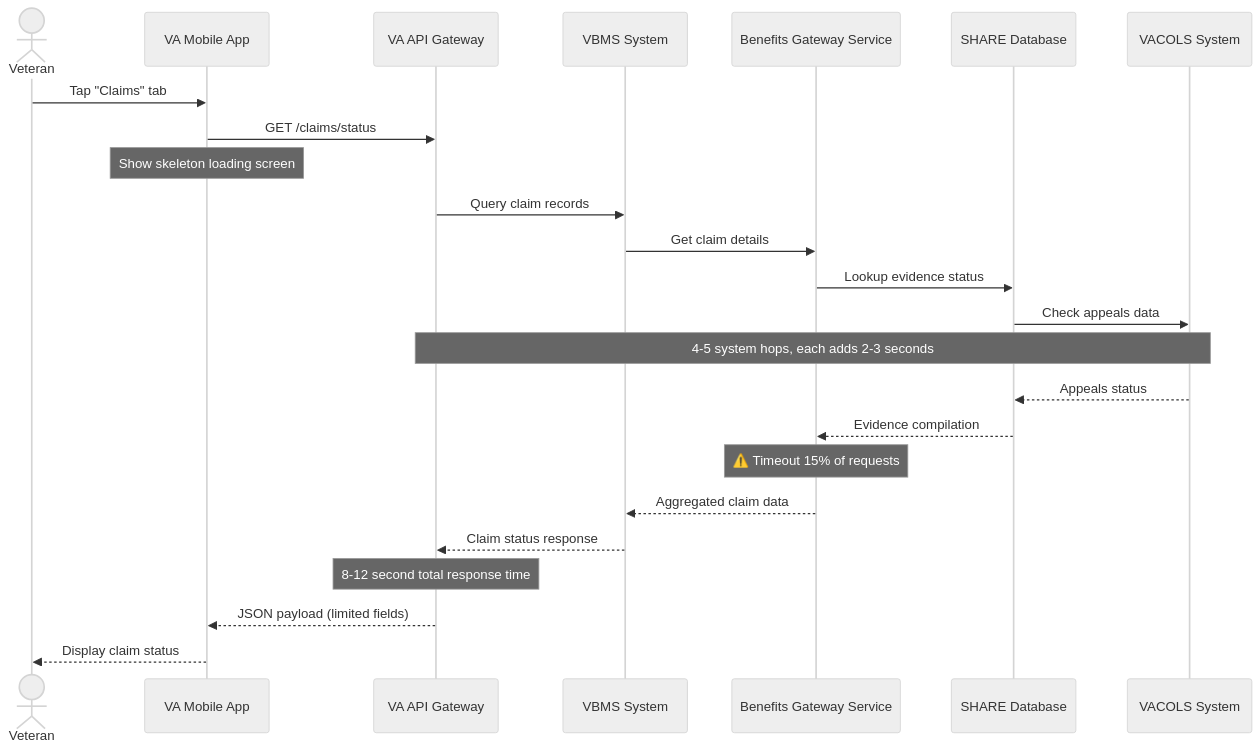
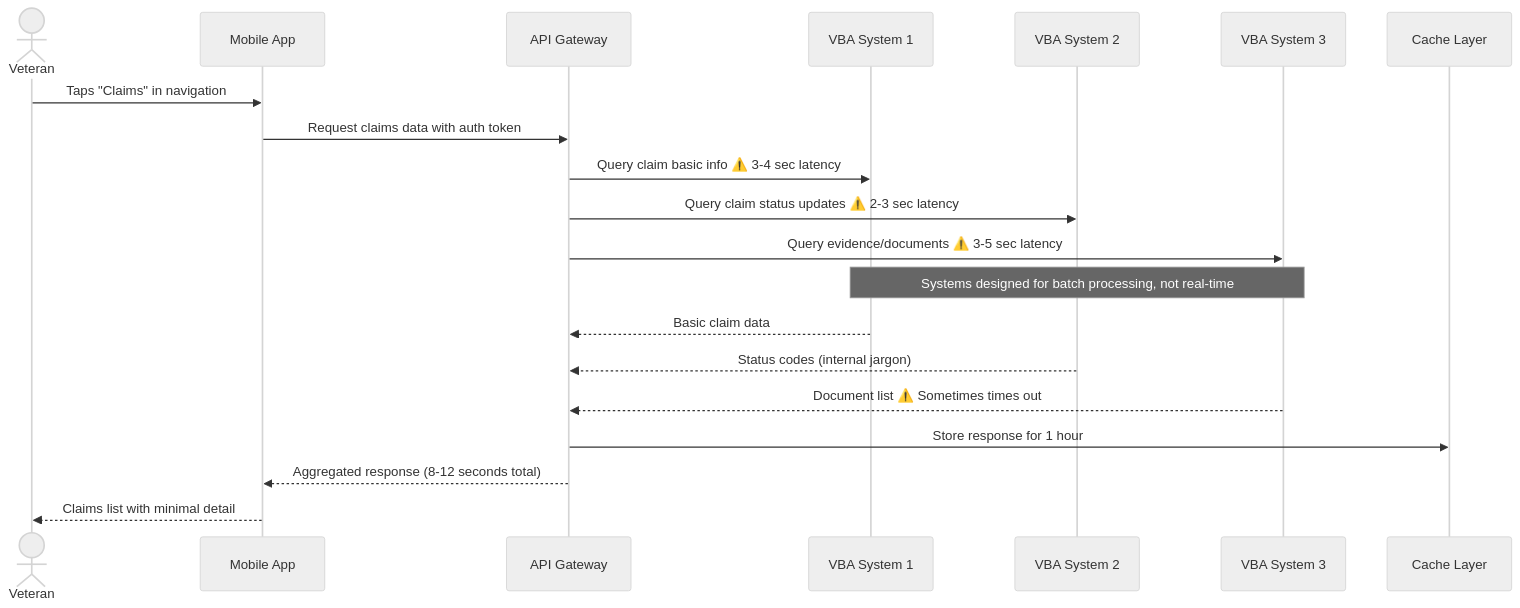
Before and after one commit to friends-innovation-lab/qori-slack: the third of 5 diagrams in beta-test/product-team-1/research/2027 VA Health and Benefits Mobile App Navigation Study/primary-research/01-planning/stakeholder-interviews/2027 VA Health and Benefits Mobile App Navigation Study_stakeholder_synthesis_February 10, 2026.md, drawn with Mermaid (neutral theme). The commit also changed other lines of this file, not shown here.

Commit message:
chore: add beta-test/product-team-1/research/2027 VA Health and Benefits Mobile App Navigation Study/primary-research/01-planning/stakeholder-interviews/2027 VA Health and Benefits Mobile App Navigation Study_stakeholder_synthesis_February 10, 2026.md

````diff
--- a/beta-test/product-team-1/research/2027 VA Health and Benefits Mobile App Navigation Study/primary-research/01-planning/stakeholder-interviews/2027 VA Health and Benefits Mobile App Navigation Study_stakeholder_synthesis_February 10, 2026.md
+++ b/beta-test/product-team-1/research/2027 VA Health and Benefits Mobile App Navigation Study/primary-research/01-planning/stakeholder-interviews/2027 VA Health and Benefits Mobile App Navigation Study_stakeholder_synthesis_February 10, 2026.md
@@ -150,27 +176,23 @@
 ```mermaid
 sequenceDiagram
     actor Veteran
-    participant MobileApp as VA Mobile App
-    participant APIGateway as VA API Gateway
-    participant VBMS as VBMS System
-    participant BGS as Benefits Gateway Service
-    participant SHARE as SHARE Database
-    participant VACOLS as VACOLS System
+    participant App as Mobile App
+    participant Gateway as API Gateway
+    participant VBA1 as VBA System 1
+    participant VBA2 as VBA System 2
+    participant VBA3 as VBA System 3
+    participant Cache as Cache Layer
     
-    Veteran->>MobileApp: Tap "Claims" tab
-    MobileApp->>APIGateway: GET /claims/status
-    Note over MobileApp: Show skeleton loading screen
-    APIGateway->>VBMS: Query claim records
-    VBMS->>BGS: Get claim details
-    BGS->>SHARE: Lookup evidence status
-    SHARE->>VACOLS: Check appeals data
-    Note over APIGateway,VACOLS: 4-5 system hops, each adds 2-3 seconds
-    VACOLS-->>SHARE: Appeals status
-    SHARE-->>BGS: Evidence compilation
-    Note over BGS: ⚠️ Timeout 15% of requests
-    BGS-->>VBMS: Aggregated claim data
-    VBMS-->>APIGateway: Claim status response
-    Note over APIGateway: 8-12 second total response time
-    APIGateway-->>MobileApp: JSON payload (limited fields)
-    MobileApp-->>Veteran: Display claim status
+    Veteran->>App: Taps "Claims" in navigation
+    App->>Gateway: Request claims data with auth token
+    Gateway->>VBA1: Query claim basic info ⚠️ 3-4 sec latency
+    Gateway->>VBA2: Query claim status updates ⚠️ 2-3 sec latency  
+    Gateway->>VBA3: Query evidence/documents ⚠️ 3-5 sec latency
+    Note over VBA1,VBA3: Systems designed for batch processing, not real-time
+    VBA1-->>Gateway: Basic claim data
+    VBA2-->>Gateway: Status codes (internal jargon)
+    VBA3-->>Gateway: Document list ⚠️ Sometimes times out
+    Gateway->>Cache: Store response for 1 hour
+    Gateway-->>App: Aggregated response (8-12 seconds total)
+    App-->>Veteran: Claims list with minimal detail
 ```
````
